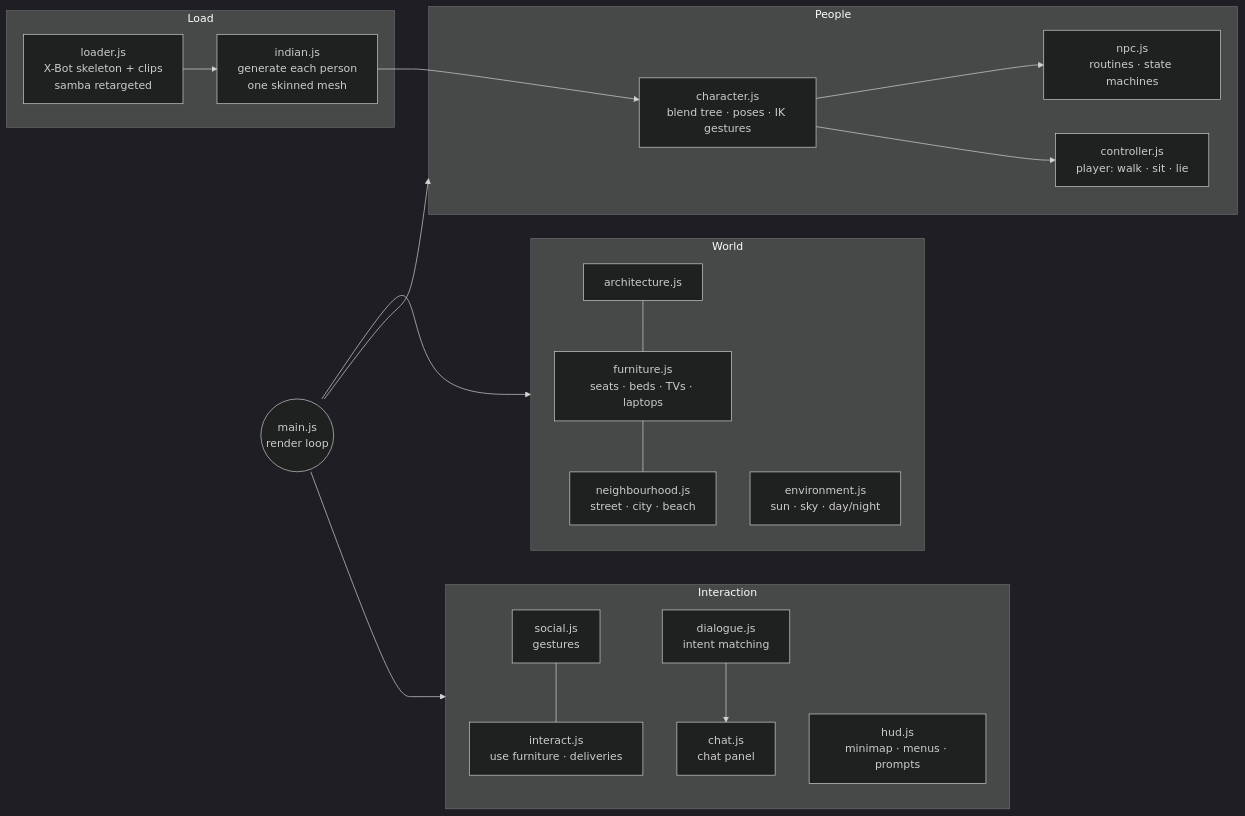
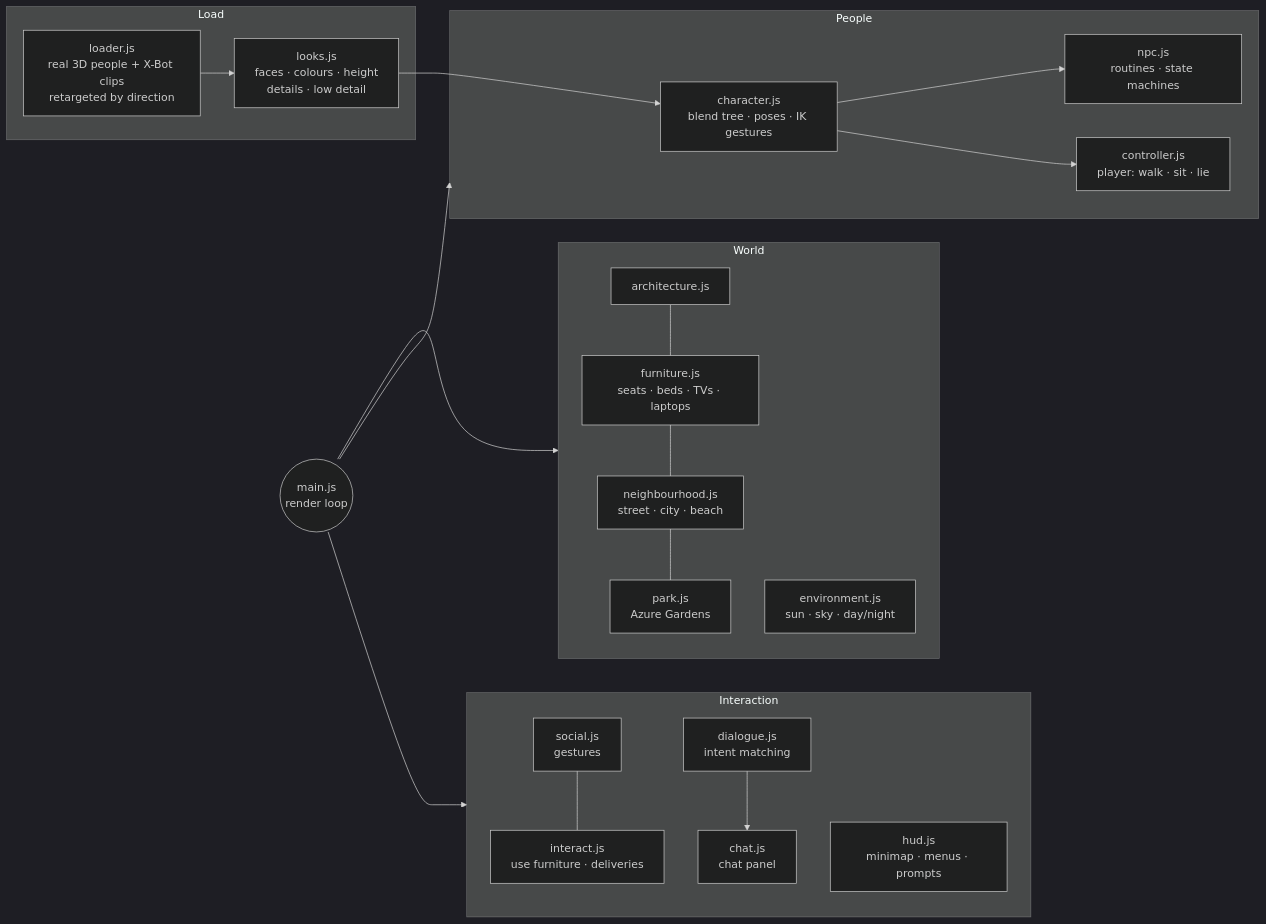
One commit to Chm555556/Web-restaurant-3D changed the diagram in README.md. Above: the diagram before and after it, drawn with Mermaid (dark theme). The commit also changed other lines of this file and 11 other files, not shown here.

````diff
--- a/README.md
+++ b/README.md
@@ -339,25 +346,26 @@
 ```mermaid
 flowchart LR
     subgraph Load
-        L[loader.js<br/>X-Bot skeleton + clips<br/>samba retargeted] --> I[indian.js<br/>generate each person<br/>one skinned mesh]
+        L[loader.js<br/>real 3D people + X-Bot clips<br/>retargeted by direction] --> I[looks.js<br/>faces · colours · height<br/>details · low detail]
     end
     subgraph World
         A[architecture.js] --- F[furniture.js<br/>seats · beds · TVs · laptops]
         F --- N[neighbourhood.js<br/>street · city · beach]
+        N --- PK[park.js<br/>Azure Gardens]
         E[environment.js<br/>sun · sky · day/night]
     end
     subgraph People
         I --> C[character.js<br/>blend tree · poses · IK gestures]
         C --> NPC[npc.js<br/>routines · state machines]
         C --> P[controller.js<br/>player: walk · sit · lie]
     end
     subgraph Interaction
         IX[interact.js<br/>use furniture · deliveries]
         SO[social.js<br/>gestures] --- IX
         D[dialogue.js<br/>intent matching] --> CH[chat.js<br/>chat panel]
         H[hud.js<br/>minimap · menus · prompts]
     end
     M((main.js<br/>render loop)) --> World
     M --> People
     M --> Interaction
 ```
````
